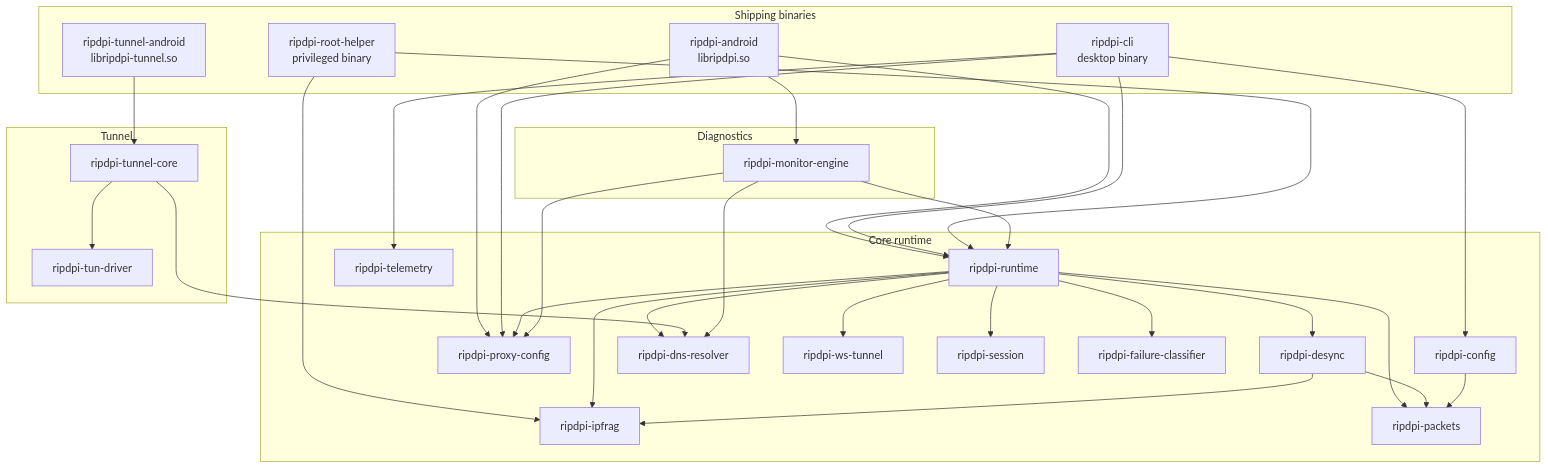
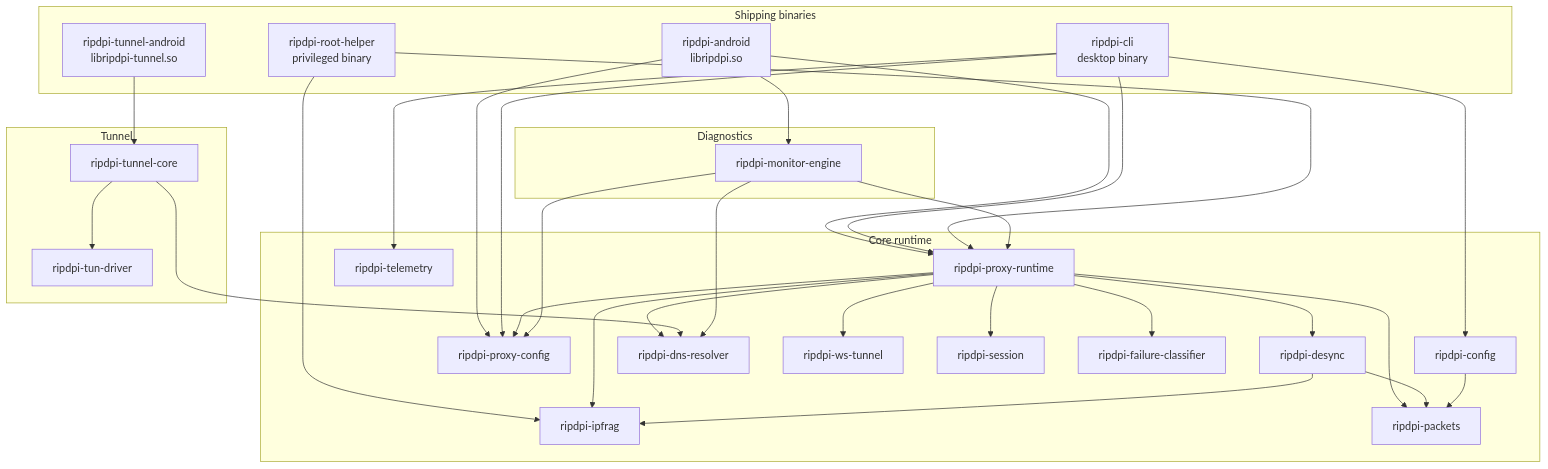
The fourth of 4 diagrams in docs/native/README.md (po4yka/RIPDPI), drawn with Mermaid before and after one commit. The commit also changed other lines of this file and 24 other files, not shown here.

````diff
--- a/docs/native/README.md
+++ b/docs/native/README.md
@@ -307,43 +302,43 @@
 ```mermaid
 flowchart TD
     subgraph "Shipping binaries"
         AND["ripdpi-android\nlibripdpi.so"]
         TAND["ripdpi-tunnel-android\nlibripdpi-tunnel.so"]
         CLI["ripdpi-cli\ndesktop binary"]
         RH["ripdpi-root-helper\nprivileged binary"]
     end
 
     subgraph "Core runtime"
-        RT["ripdpi-runtime"]
+        RT["ripdpi-proxy-runtime"]
         DSN["ripdpi-desync"]
         CFG["ripdpi-proxy-config"]
         CCFG["ripdpi-config"]
         TELEM["ripdpi-telemetry"]
         DNS["ripdpi-dns-resolver"]
         WST["ripdpi-ws-tunnel"]
         FRAG["ripdpi-ipfrag"]
         SESS["ripdpi-session"]
         FC["ripdpi-failure-classifier"]
         PKT["ripdpi-packets"]
     end
 
     subgraph "Tunnel"
         TC["ripdpi-tunnel-core"]
         TD["ripdpi-tun-driver"]
     end
 
     subgraph "Diagnostics"
         MON["ripdpi-monitor-engine"]
     end
 
     AND --> RT & MON & CFG
     TAND --> TC
     CLI --> RT & CFG & CCFG & TELEM
     RH --> RT & FRAG
 
     RT --> DSN & DNS & WST & FRAG & SESS & FC & CFG & PKT
     TC --> DNS & TD
     MON --> RT & DNS & CFG
     DSN --> PKT & FRAG
     CCFG --> PKT
 ```
````
